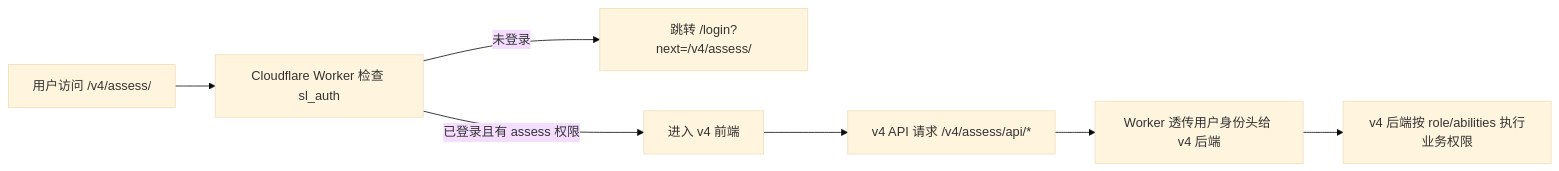
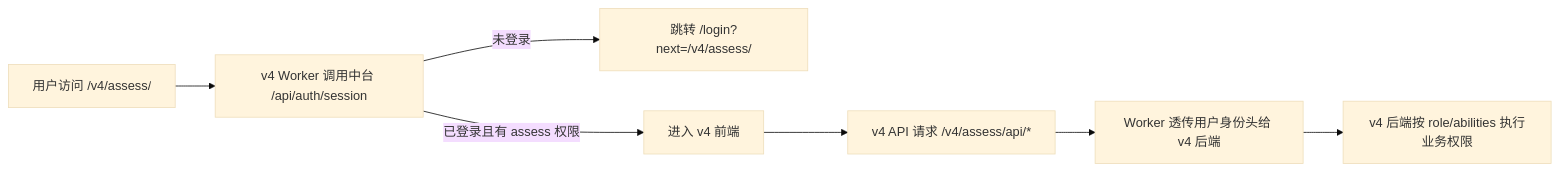
One commit to zhanghaotian1117/sportslack-assess-plugin changed the diagram in docs/login-adapter.md. Above: the diagram before and after it, drawn with Mermaid (base theme). The commit also changed 4 other files, not shown here.

Commit message:
Use center session endpoint for v4 auth

````diff
--- a/docs/login-adapter.md
+++ b/docs/login-adapter.md
@@ -14,9 +14,9 @@
 ```mermaid
 flowchart LR
-  A["用户访问 /v4/assess/"] --> B["Cloudflare Worker 检查 sl_auth"]
+  A["用户访问 /v4/assess/"] --> B["v4 Worker 调用中台 /api/auth/session"]
   B -->|未登录| C["跳转 /login?next=/v4/assess/"]
   B -->|已登录且有 assess 权限| D["进入 v4 前端"]
   D --> E["v4 API 请求 /v4/assess/api/*"]
   E --> F["Worker 透传用户身份头给 v4 后端"]
   F --> G["v4 后端按 role/abilities 执行业务权限"]
 ```
````
